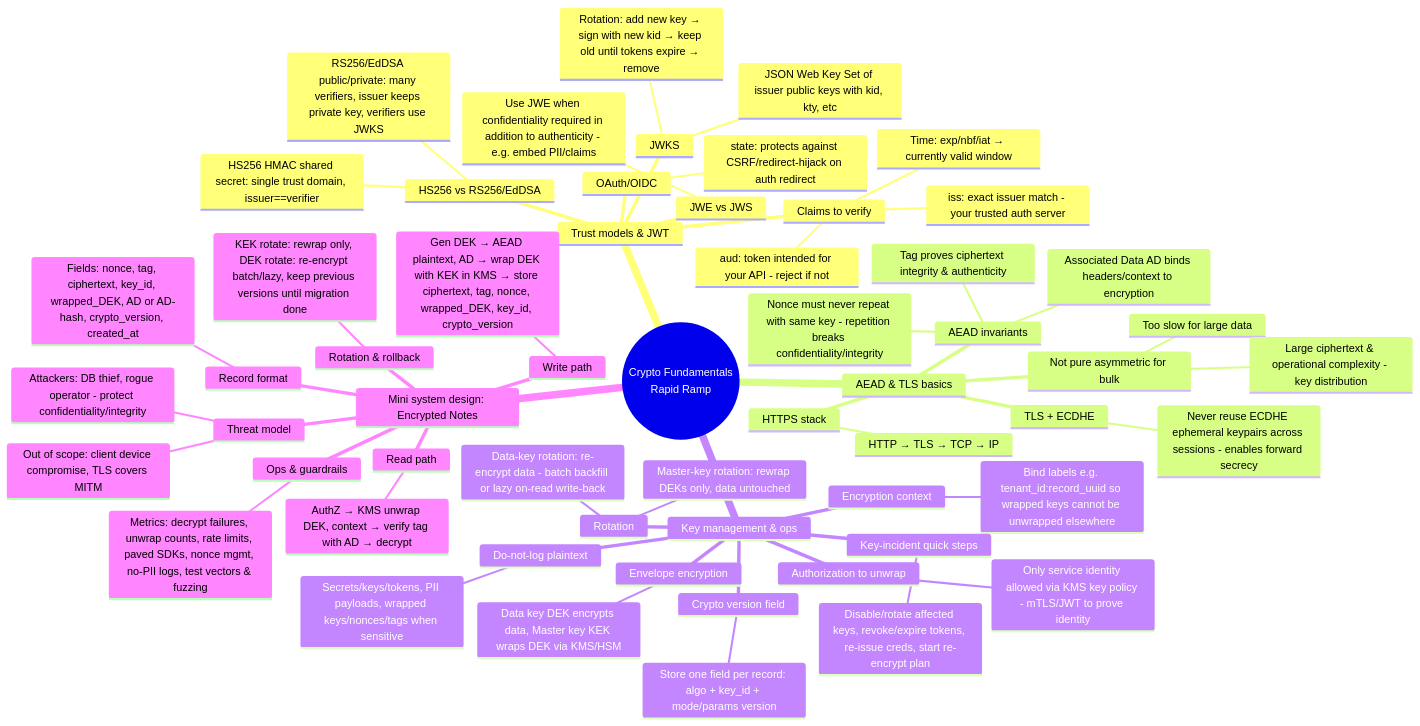
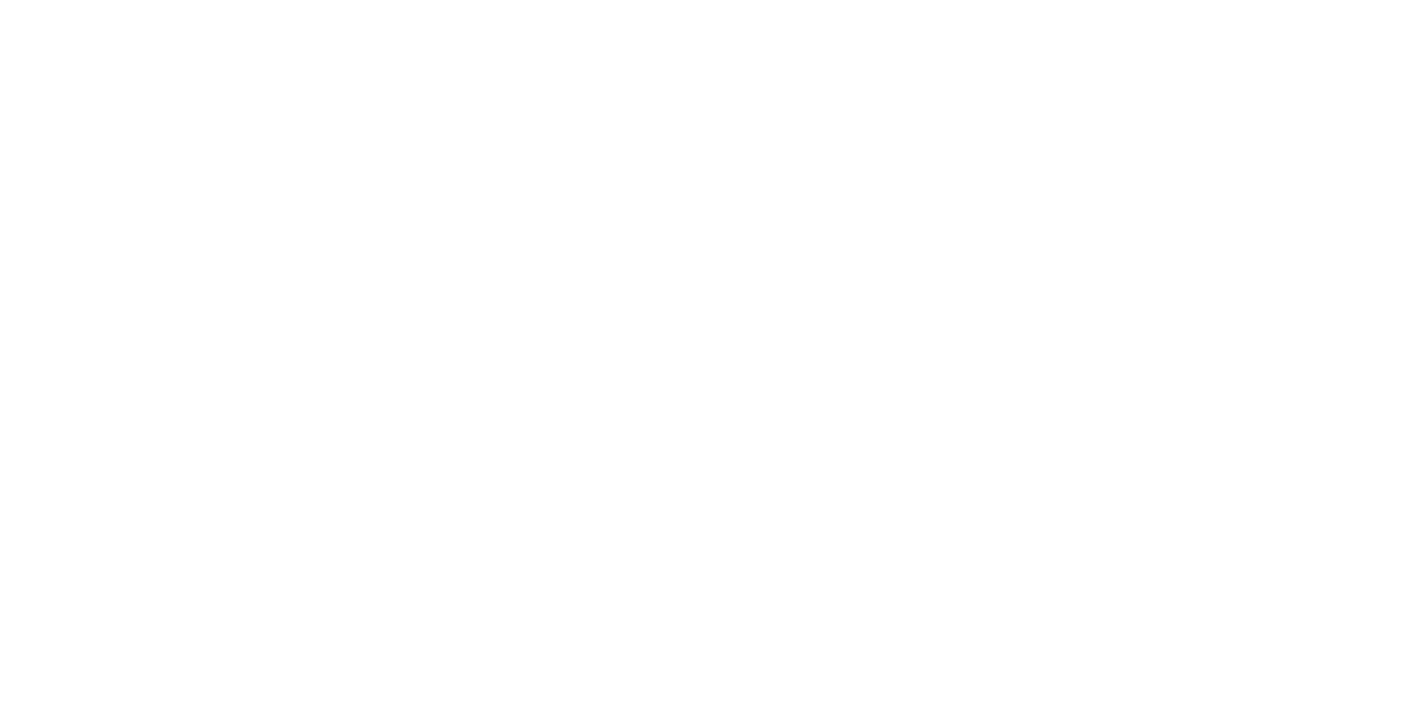
One commit to irahulsawhney/crypto-concepts changed the diagram in diagrams/00-rapid-ramp-mindmap.mmd. Above: the diagram before and after it, drawn with Mermaid.

Commit message:
Remove fill colors from mindmap - use transparent backgrounds with border colors only

```diff
--- a/diagrams/00-rapid-ramp-mindmap.mmd
+++ b/diagrams/00-rapid-ramp-mindmap.mmd
@@ -1,60 +1,62 @@
 %% Crypto Fundamentals — Rapid Ramp Mindmap
 mindmap
   root((Crypto Fundamentals<br/>Rapid Ramp))
     Trust models & JWT
       JWKS
         JSON Web Key Set of issuer public keys with kid, kty, etc
         Rotation: add new key → sign with new kid → keep old until tokens expire → remove
       Claims to verify
         aud: token intended for your API - reject if not
         iss: exact issuer match - your trusted auth server
         Time: exp/nbf/iat → currently valid window
       HS256 vs RS256/EdDSA
         HS256 HMAC shared secret: single trust domain, issuer==verifier
         RS256/EdDSA public/private: many verifiers, issuer keeps private key, verifiers use JWKS
       OAuth/OIDC
         state: protects against CSRF/redirect-hijack on auth redirect
       JWE vs JWS
         Use JWE when confidentiality required in addition to authenticity - e.g. embed PII/claims
     AEAD & TLS basics
       AEAD invariants
         Nonce must never repeat with same key - repetition breaks confidentiality/integrity
         Tag proves ciphertext integrity & authenticity
         Associated Data AD binds headers/context to encryption
       TLS + ECDHE
         Never reuse ECDHE ephemeral keypairs across sessions - enables forward secrecy
       HTTPS stack
         HTTP → TLS → TCP → IP
       Not pure asymmetric for bulk
         Too slow for large data
         Large ciphertext & operational complexity - key distribution
     Key management & ops
       Envelope encryption
         Data key DEK encrypts data, Master key KEK wraps DEK via KMS/HSM
       Crypto version field
         Store one field per record: algo + key_id + mode/params version
       Rotation
         Master-key rotation: rewrap DEKs only, data untouched
         Data-key rotation: re-encrypt data - batch backfill or lazy on-read write-back
       Authorization to unwrap
         Only service identity allowed via KMS key policy - mTLS/JWT to prove identity
       Encryption context
         Bind labels e.g. tenant_id:record_uuid so wrapped keys cannot be unwrapped elsewhere
       Do-not-log plaintext
         Secrets/keys/tokens, PII payloads, wrapped keys/nonces/tags when sensitive
       Key-incident quick steps
         Disable/rotate affected keys, revoke/expire tokens, re-issue creds, start re-encrypt plan
     Mini system design: Encrypted Notes
       Threat model
         Attackers: DB thief, rogue operator - protect confidentiality/integrity
         Out of scope: client device compromise, TLS covers MITM
       Record format
         Fields: nonce, tag, ciphertext, key_id, wrapped_DEK, AD or AD-hash, crypto_version, created_at
       Write path
         Gen DEK → AEAD plaintext, AD → wrap DEK with KEK in KMS → store ciphertext, tag, nonce, wrapped_DEK, key_id, crypto_version
       Read path
         AuthZ → KMS unwrap DEK, context → verify tag with AD → decrypt
       Rotation & rollback
         KEK rotate: rewrap only, DEK rotate: re-encrypt batch/lazy, keep previous versions until migration done
       Ops & guardrails
         Metrics: decrypt failures, unwrap counts, rate limits, paved SDKs, nonce mgmt, no-PII logs, test vectors & fuzzing
+
+%%{init: {'theme':'base', 'themeVariables': { 'primaryColor':'#ffffff00', 'primaryTextColor':'#fff', 'primaryBorderColor':'#7C0200', 'lineColor':'#F8B229', 'secondaryColor':'#ffffff00', 'tertiaryColor':'#ffffff00'}}}%%
```
